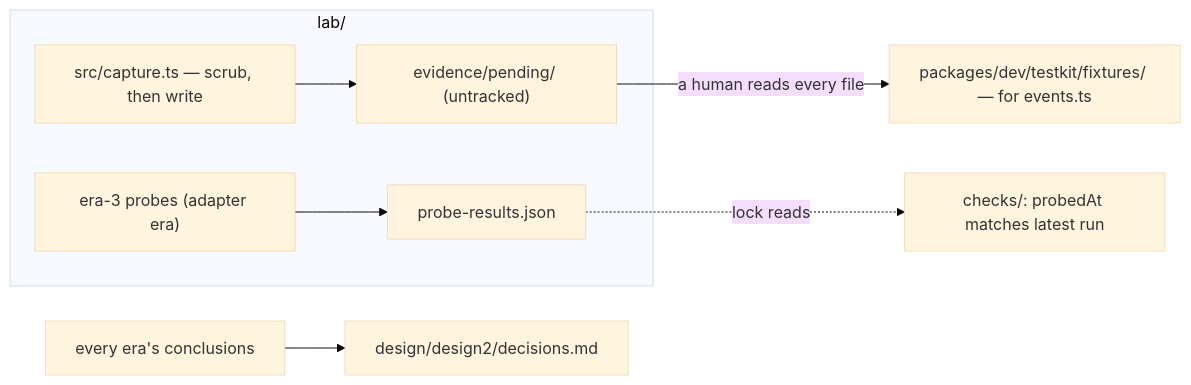
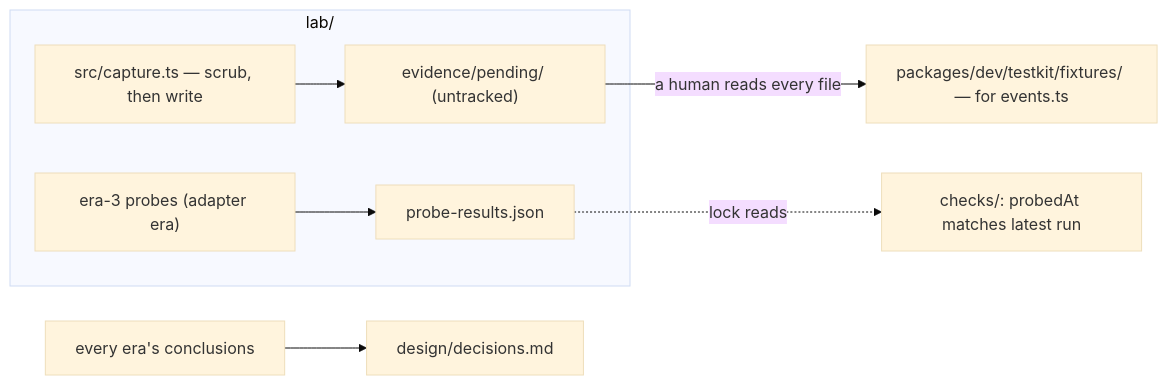
One commit to exploreriii/sdk-automations changed the diagram in packages/dev/lab/README.md. Above: the diagram before and after it, drawn with Mermaid (base theme). The commit also changed 15 other files, not shown here.

Commit message:
chore: move decisions back to design

````diff
--- a/packages/dev/lab/README.md
+++ b/packages/dev/lab/README.md
@@ -25,10 +25,10 @@
 ```mermaid
 flowchart LR
     subgraph lab ["lab/"]
         capture["src/capture.ts — scrub, then write"] --> pending["evidence/pending/ (untracked)"]
         probes["era-3 probes (adapter era)"] --> results["probe-results.json"]
     end
     pending -->|"a human reads every file"| fixtures["packages/dev/testkit/fixtures/ — for events.ts"]
     results -.->|"lock reads"| checks["checks/: probedAt matches latest run"]
-    conclusions["every era's conclusions"] --> register["design/design2/decisions.md"]
+    conclusions["every era's conclusions"] --> register["design/decisions.md"]
 ```
````
